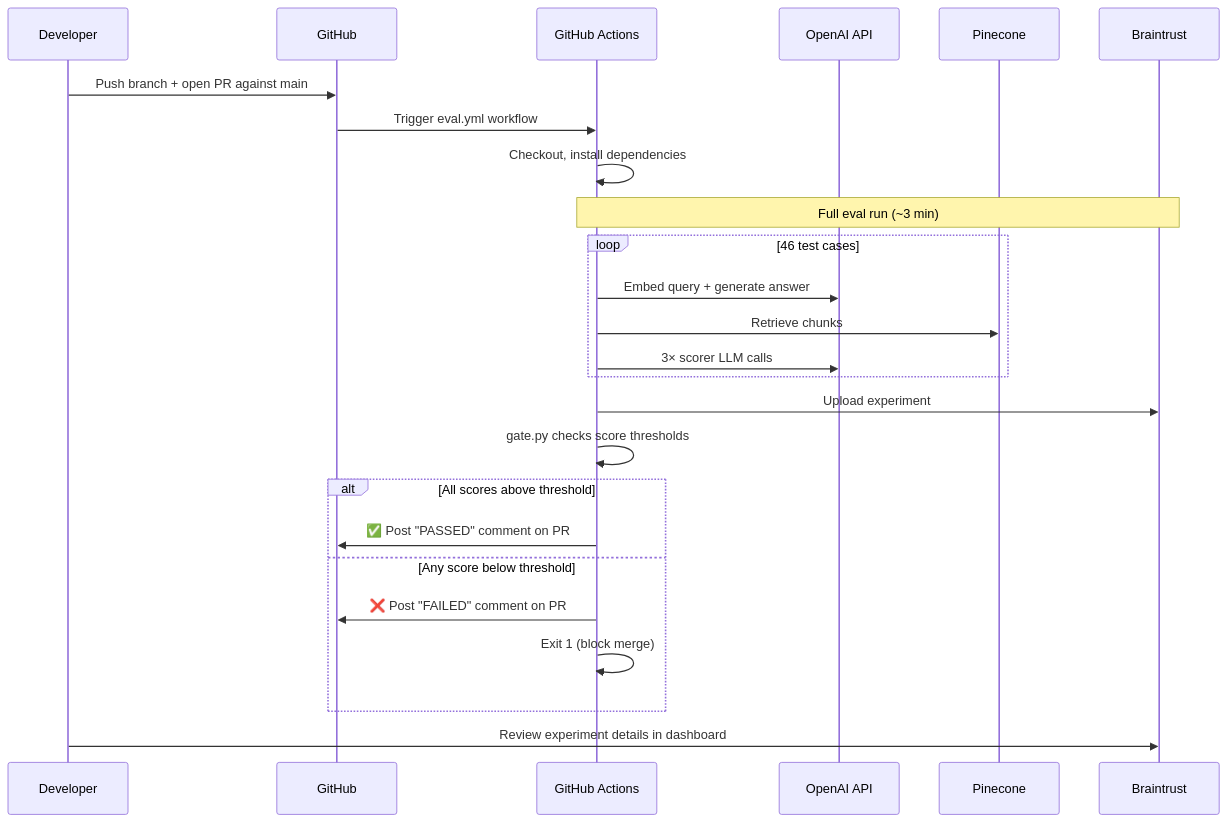
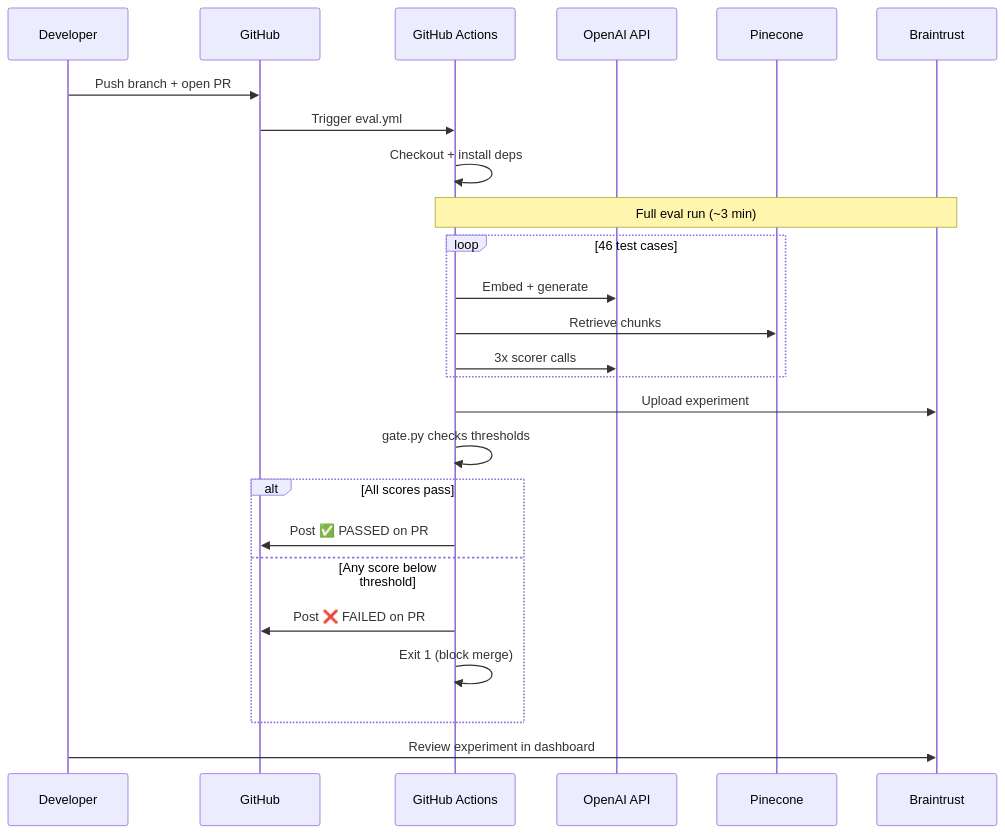
Before and after one commit to soldatchenko/braintrust-demo: the third of 3 diagrams in README.md, drawn with Mermaid. The commit also changed other lines of this file, not shown here.

First line of the commit message:
Improve README: cleaner architecture diagram, logical section order

````diff
--- a/README.md
+++ b/README.md
@@ -96,31 +113,31 @@
 ```mermaid
 sequenceDiagram
     participant Dev as Developer
     participant GH as GitHub
     participant GA as GitHub Actions
     participant OpenAI as OpenAI API
     participant PC as Pinecone
     participant BT as Braintrust
 
-    Dev->>GH: Push branch + open PR against main
-    GH->>GA: Trigger eval.yml workflow
-    GA->>GA: Checkout, install dependencies
+    Dev->>GH: Push branch + open PR
+    GH->>GA: Trigger eval.yml
+    GA->>GA: Checkout + install deps
 
     Note over GA,BT: Full eval run (~3 min)
     loop 46 test cases
-        GA->>OpenAI: Embed query + generate answer
+        GA->>OpenAI: Embed + generate
         GA->>PC: Retrieve chunks
-        GA->>OpenAI: 3× scorer LLM calls
+        GA->>OpenAI: 3x scorer calls
     end
     GA->>BT: Upload experiment
 
-    GA->>GA: gate.py checks score thresholds
-    alt All scores above threshold
-        GA->>GH: ✅ Post "PASSED" comment on PR
+    GA->>GA: gate.py checks thresholds
+    alt All scores pass
+        GA->>GH: Post ✅ PASSED on PR
     else Any score below threshold
-        GA->>GH: ❌ Post "FAILED" comment on PR
+        GA->>GH: Post ❌ FAILED on PR
         GA->>GA: Exit 1 (block merge)
     end
 
-    Dev->>BT: Review experiment details in dashboard
+    Dev->>BT: Review experiment in dashboard
 ```
````
